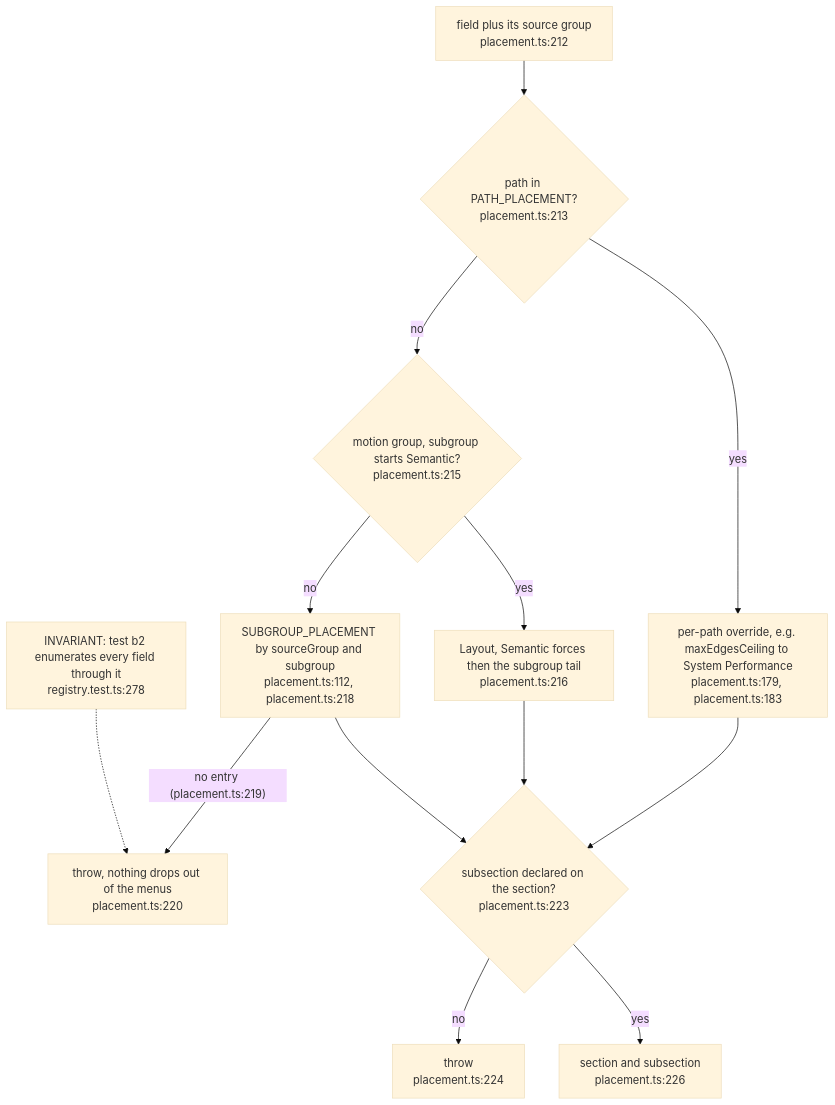
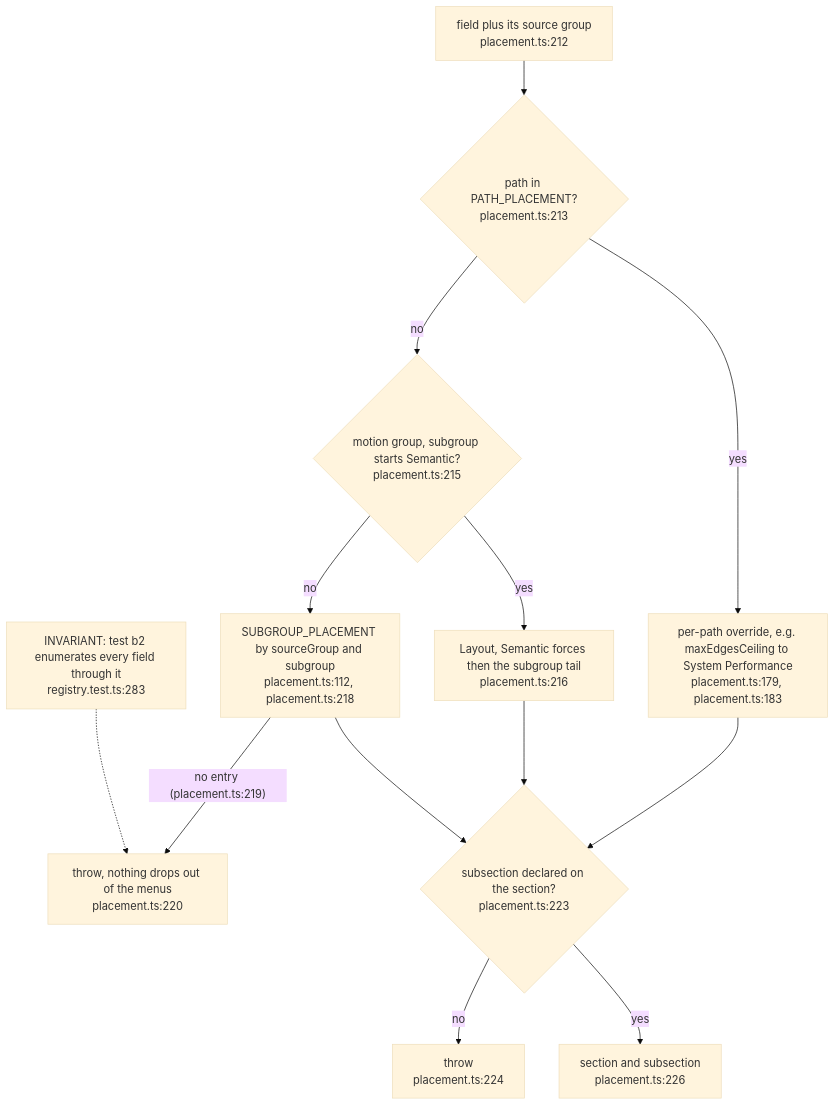
The second of 12 diagrams in docs/diagrams/visionclaw/57-control-centre-ia-and-drawer.md (DreamLab-AI/VisionFlow), drawn with Mermaid (base theme) before and after one commit. The commit also changed other lines of this file and 6 other files, not shown here.

First line of the commit message:
diagrams(visionclaw): re-verify VC-51..57 at visionclaw 4900ec60

````diff
--- a/docs/diagrams/visionclaw/57-control-centre-ia-and-drawer.md
+++ b/docs/diagrams/visionclaw/57-control-centre-ia-and-drawer.md
@@ -110,15 +110,15 @@
 ```mermaid
 flowchart TB
     IN["field plus its source group<br/>placement.ts:212"] --> P1{"path in PATH_PLACEMENT?<br/>placement.ts:213"}
     P1 -->|yes| OV["per-path override, e.g. maxEdgesCeiling to System Performance<br/>placement.ts:179, placement.ts:183"]
     P1 -->|no| P2{"motion group, subgroup starts Semantic?<br/>placement.ts:215"}
     P2 -->|yes| SEM["Layout, Semantic forces then the subgroup tail<br/>placement.ts:216"]
     P2 -->|no| P3["SUBGROUP_PLACEMENT by sourceGroup and subgroup<br/>placement.ts:112, placement.ts:218"]
     P3 -->|"no entry (placement.ts:219)"| THROW["throw, nothing drops out of the menus<br/>placement.ts:220"]
     OV --> CHK{"subsection declared on the section?<br/>placement.ts:223"}
     SEM --> CHK
     P3 --> CHK
     CHK -->|no| THROW2["throw<br/>placement.ts:224"]
     CHK -->|yes| OUT["section and subsection<br/>placement.ts:226"]
-    T["INVARIANT: test b2 enumerates every field through it<br/>registry.test.ts:278"] -.-> THROW
+    T["INVARIANT: test b2 enumerates every field through it<br/>registry.test.ts:283"] -.-> THROW
 ```
````
